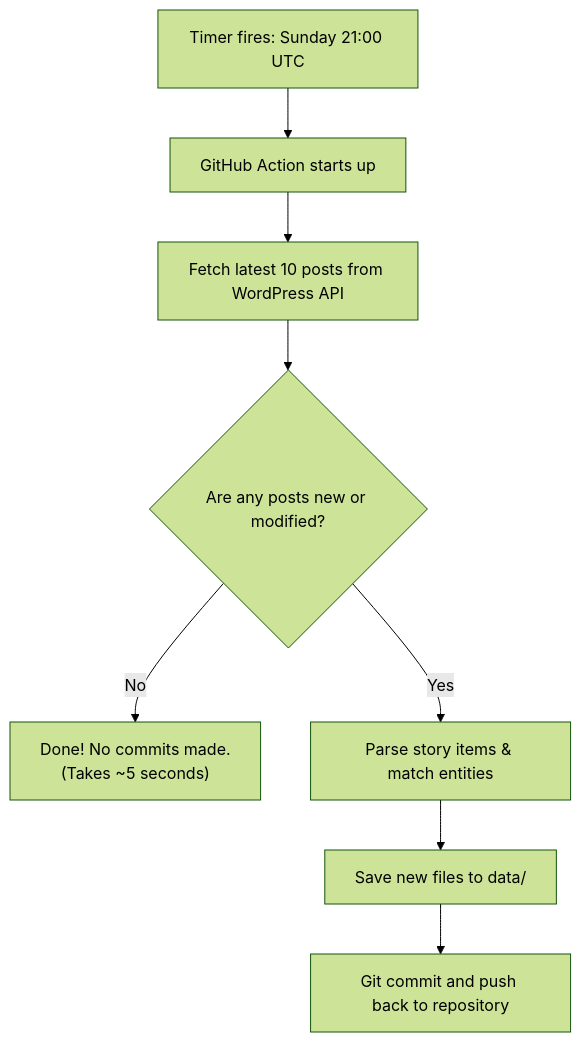
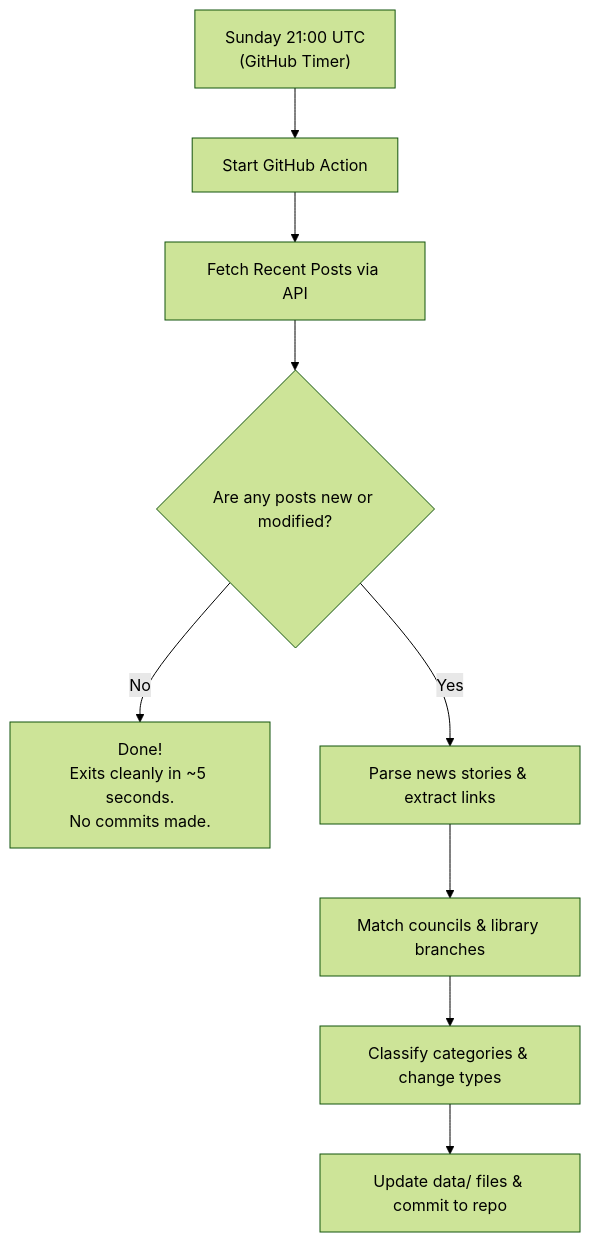
One commit to LibrariesHacked/public-libraries-news changed the diagram in docs/automation.md. Above: the diagram before and after it, drawn with Mermaid (forest theme). The commit also changed other lines of this file and 25 other files, not shown here.

Commit message:
docs: publish to GitHub Pages with Cayman theme, standardize concise docstrings, and restructure documentation for wide audience

````diff
--- a/docs/automation.md
+++ b/docs/automation.md
@@ -11,10 +23,11 @@
 ```mermaid
 flowchart TD
-    A["Timer fires: Sunday 21:00 UTC"] --> B["GitHub Action starts up"]
-    B --> C["Fetch latest 10 posts from WordPress API"]
+    A["Sunday 21:00 UTC<br/>(GitHub Timer)"] --> B["Start GitHub Action"]
+    B --> C["Fetch Recent Posts via API"]
     C --> D{"Are any posts new or modified?"}
-    D -->|No| E["Done! No commits made.<br/>(Takes ~5 seconds)"]
-    D -->|Yes| F["Parse story items & match entities"]
-    F --> G["Save new files to data/"]
-    G --> H["Git commit and push back to repository"]
+    D -->|No| E["Done!<br/>Exits cleanly in ~5 seconds.<br/>No commits made."]
+    D -->|Yes| F["Parse news stories & extract links"]
+    F --> G["Match councils & library branches"]
+    G --> H["Classify categories & change types"]
+    H --> I["Update data/ files & commit to repo"]
 ```
````
